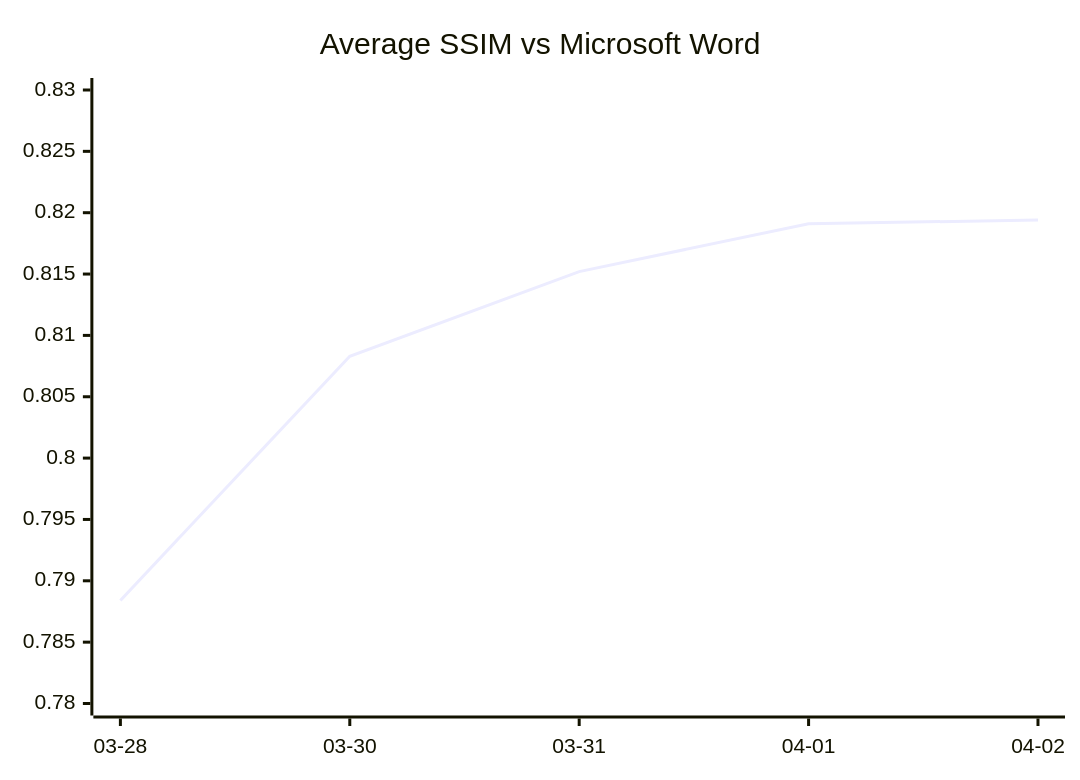
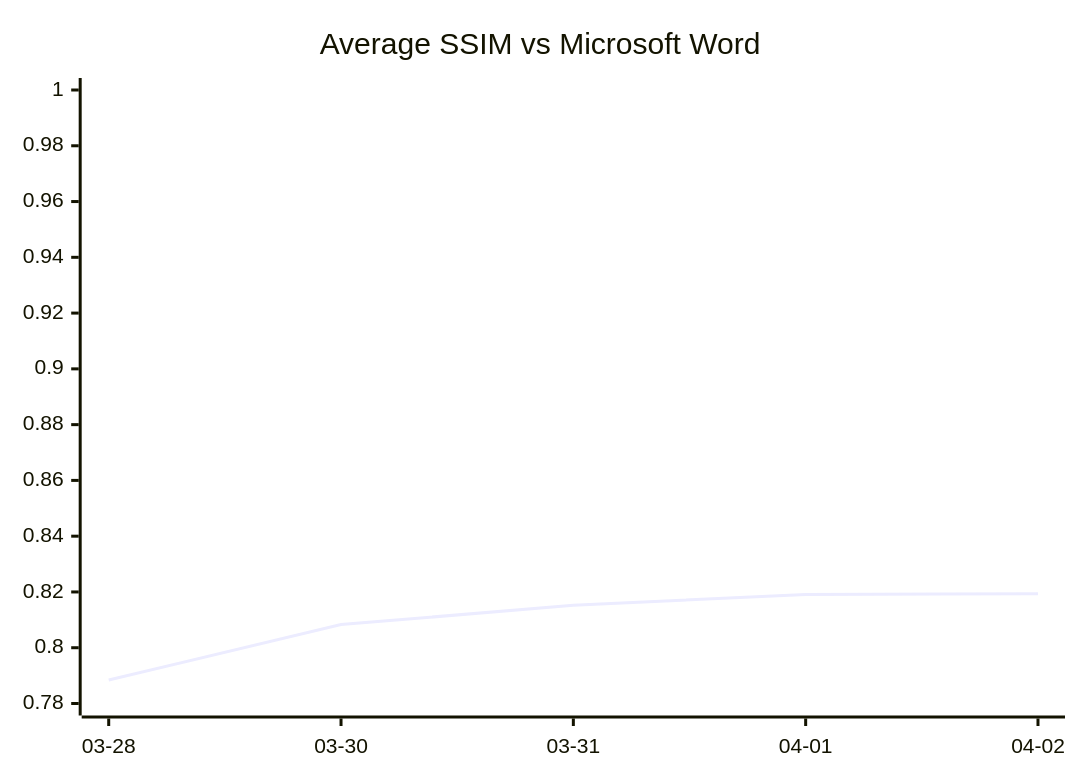
One commit to Ryujiyasu/oxi changed the diagram in README.md. Above: the diagram before and after it, drawn with Mermaid.

Commit message:
docs: set SSIM chart y-axis upper bound to 1.0

````diff
--- a/README.md
+++ b/README.md
@@ -177,7 +177,7 @@
 ```mermaid
 xychart-beta
   title "Average SSIM vs Microsoft Word"
   x-axis ["03-28", "03-30", "03-31", "04-01", "04-02"]
-  y-axis 0.78 --> 0.83
+  y-axis 0.78 --> 1.0
   line [0.7884, 0.8083, 0.8152, 0.8191, 0.8194]
 ```
````
